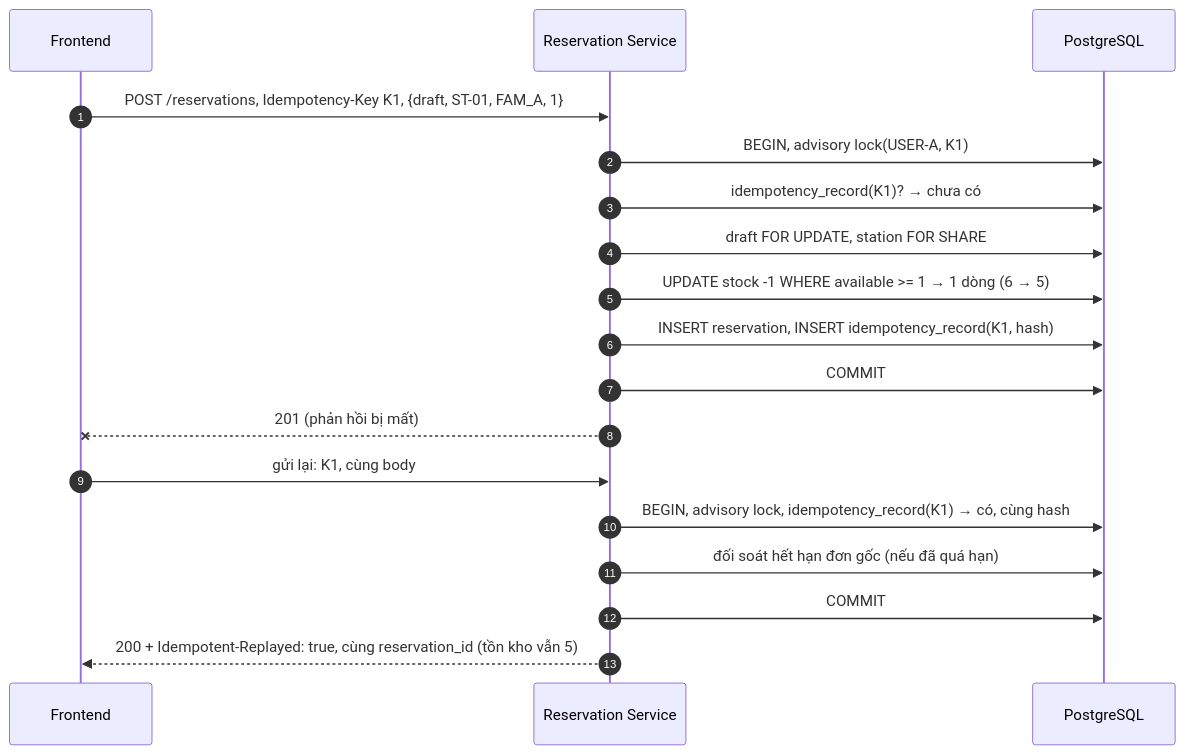
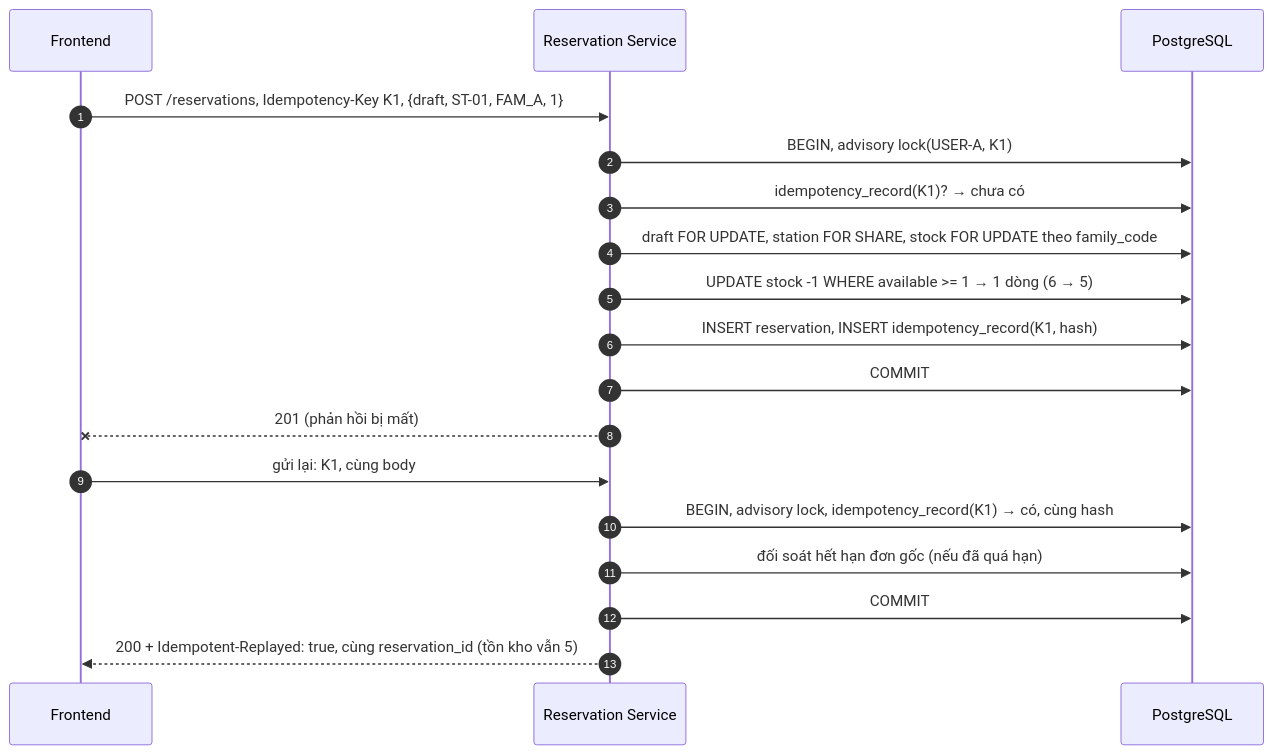
One commit to jethzgg/Vinergy changed the eighth of 10 diagrams in docs/design/Reservation_Design.md. Above: the diagram before and after it, drawn with Mermaid. The commit also changed other lines of this file and 17 other files, not shown here.

````diff
--- a/docs/design/Reservation_Design.md
+++ b/docs/design/Reservation_Design.md
@@ -429,20 +431,20 @@
 ```mermaid
 sequenceDiagram
     autonumber
     participant FE as Frontend
     participant RS as Reservation Service
     participant DB as PostgreSQL
     FE->>RS: POST /reservations, Idempotency-Key K1, {draft, ST-01, FAM_A, 1}
     RS->>DB: BEGIN, advisory lock(USER-A, K1)
     RS->>DB: idempotency_record(K1)? → chưa có
-    RS->>DB: draft FOR UPDATE, station FOR SHARE
+    RS->>DB: draft FOR UPDATE, station FOR SHARE, stock FOR UPDATE theo family_code
     RS->>DB: UPDATE stock -1 WHERE available >= 1 → 1 dòng (6 → 5)
     RS->>DB: INSERT reservation, INSERT idempotency_record(K1, hash)
     RS->>DB: COMMIT
     RS--xFE: 201 (phản hồi bị mất)
     FE->>RS: gửi lại: K1, cùng body
     RS->>DB: BEGIN, advisory lock, idempotency_record(K1) → có, cùng hash
     RS->>DB: đối soát hết hạn đơn gốc (nếu đã quá hạn)
     RS->>DB: COMMIT
     RS-->>FE: 200 + Idempotent-Replayed: true, cùng reservation_id (tồn kho vẫn 5)
 ```
````
